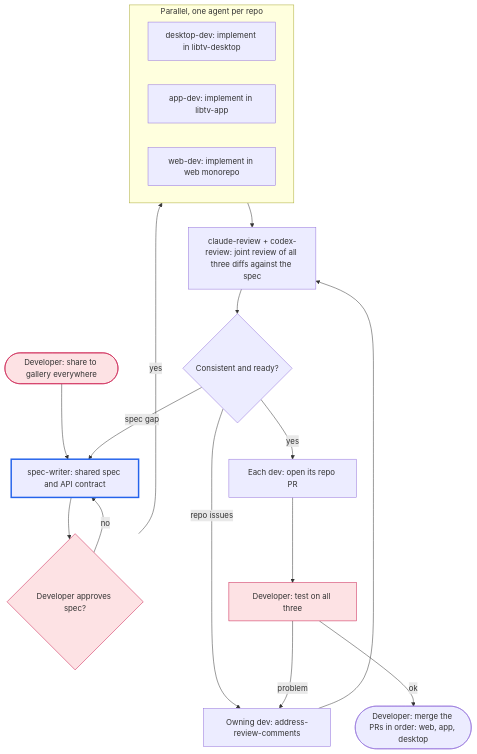
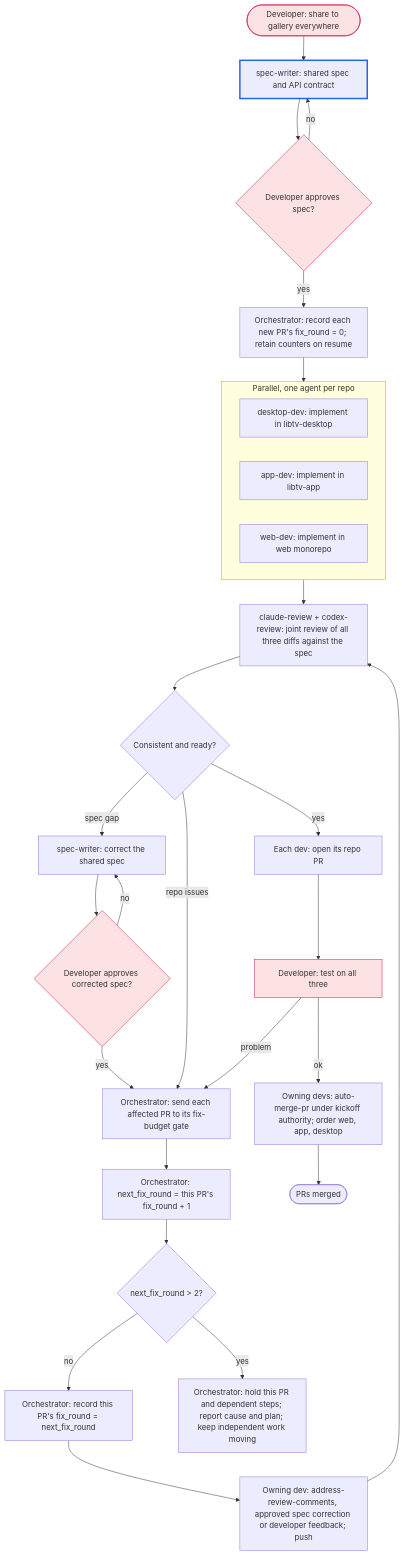
The diagram in workflows/cross-repo-feature.md (asura1234/bus), drawn with Mermaid before and after one commit. The commit also changed other lines of this file and 5 other files, not shown here.

````diff
--- a/workflows/cross-repo-feature.md
+++ b/workflows/cross-repo-feature.md
@@ -18,27 +18,37 @@
 ```mermaid
 flowchart TD
     start([Developer: share to gallery everywhere]):::developer --> spec
     spec[spec-writer: shared spec and API contract] --> agree{Developer approves spec?}:::developer
     agree -- no --> spec
-    agree -- yes --> build
+    agree -- yes --> initround["Orchestrator: record each new PR's fix_round = 0; retain counters on resume"]
+    initround --> build
 
     subgraph build [Parallel, one agent per repo]
         desktop[desktop-dev: implement in libtv-desktop]
         app[app-dev: implement in libtv-app]
         web[web-dev: implement in web monorepo]
     end
 
     build --> joint[claude-review + codex-review: joint review of all three diffs against the spec]
     joint --> consistent{Consistent and ready?}
-    consistent -- spec gap --> spec
-    consistent -- repo issues --> fixes[Owning dev: address-review-comments]
+    consistent -- spec gap --> revisespec[spec-writer: correct the shared spec]
+    revisespec --> reapprove{Developer approves corrected spec?}:::developer
+    reapprove -- no --> revisespec
+    reapprove -- yes --> queuefix
+    consistent -- repo issues --> queuefix[Orchestrator: send each affected PR to its fix-budget gate]
+    queuefix --> nextfix["Orchestrator: next_fix_round = this PR's fix_round + 1"]
+    nextfix --> overbudget{"next_fix_round > 2?"}
+    overbudget -- no --> countfix["Orchestrator: record this PR's fix_round = next_fix_round"]
+    countfix --> fixes[Owning dev: address-review-comments, approved spec correction or developer feedback; push]
     fixes --> joint
+    overbudget -- yes --> hold[Orchestrator: hold this PR and dependent steps; report cause and plan; keep independent work moving]
     consistent -- yes --> prs[Each dev: open its repo PR]
     prs --> test[Developer: test on all three]:::developer
-    test -- problem --> fixes
-    test -- ok --> merge([Developer: merge the PRs in order: web, app, desktop])
+    test -- problem --> queuefix
+    test -- ok --> merge[Owning devs: auto-merge-pr under kickoff authority; order web, app, desktop]
+    merge --> merged([PRs merged])
 
     classDef developer fill:#fde2e4,stroke:#c9184a
     classDef current stroke-width:3px,stroke:#2563eb
     class spec current
 ```
````
